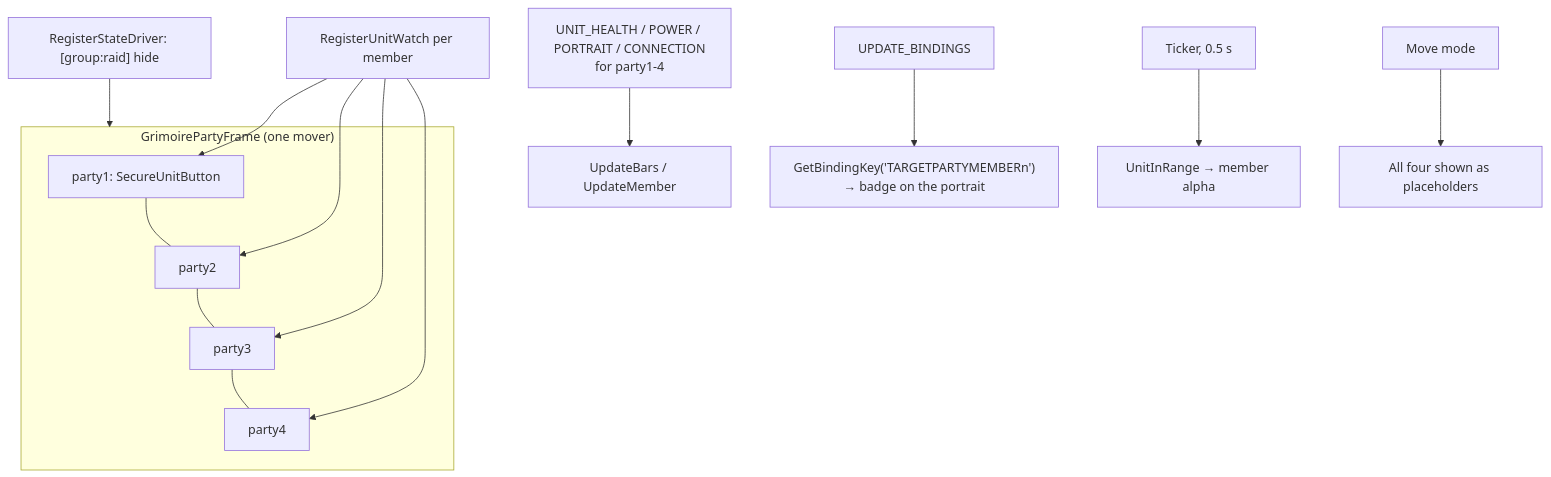
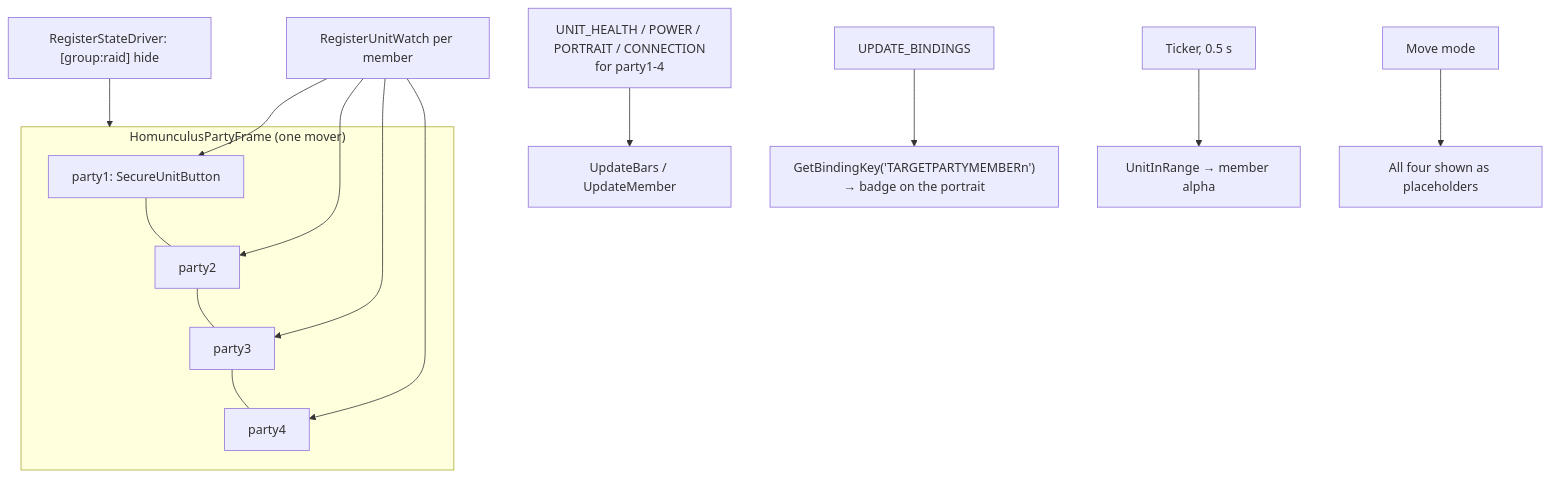
The second of 2 diagrams in docs/features/party/README.md (PhillypHenning/grimoire), drawn with Mermaid before and after one commit. The commit also changed other lines of this file and 178 other files, not shown here.

First line of the commit message:
Rename the suite from Grimoire to Homunculus (ADR 0010)

````diff
--- a/docs/features/party/README.md
+++ b/docs/features/party/README.md
@@ -21,12 +21,12 @@
 ```mermaid
 flowchart TD
-    subgraph Mover["GrimoirePartyFrame (one mover)"]
+    subgraph Mover["HomunculusPartyFrame (one mover)"]
         M1[party1: SecureUnitButton] --- M2[party2] --- M3[party3] --- M4[party4]
     end
     UW[RegisterUnitWatch per member] --> M1 & M2 & M3 & M4
     SD["RegisterStateDriver: [group:raid] hide"] --> Mover
     EV[UNIT_HEALTH / POWER / PORTRAIT / CONNECTION<br/>for party1-4] --> Upd[UpdateBars / UpdateMember]
     UB[UPDATE_BINDINGS] --> Badge["GetBindingKey('TARGETPARTYMEMBERn')<br/>→ badge on the portrait"]
     T[Ticker, 0.5 s] --> R[UnitInRange → member alpha]
     MM[Move mode] --> PH[All four shown as placeholders]
 ```
````
